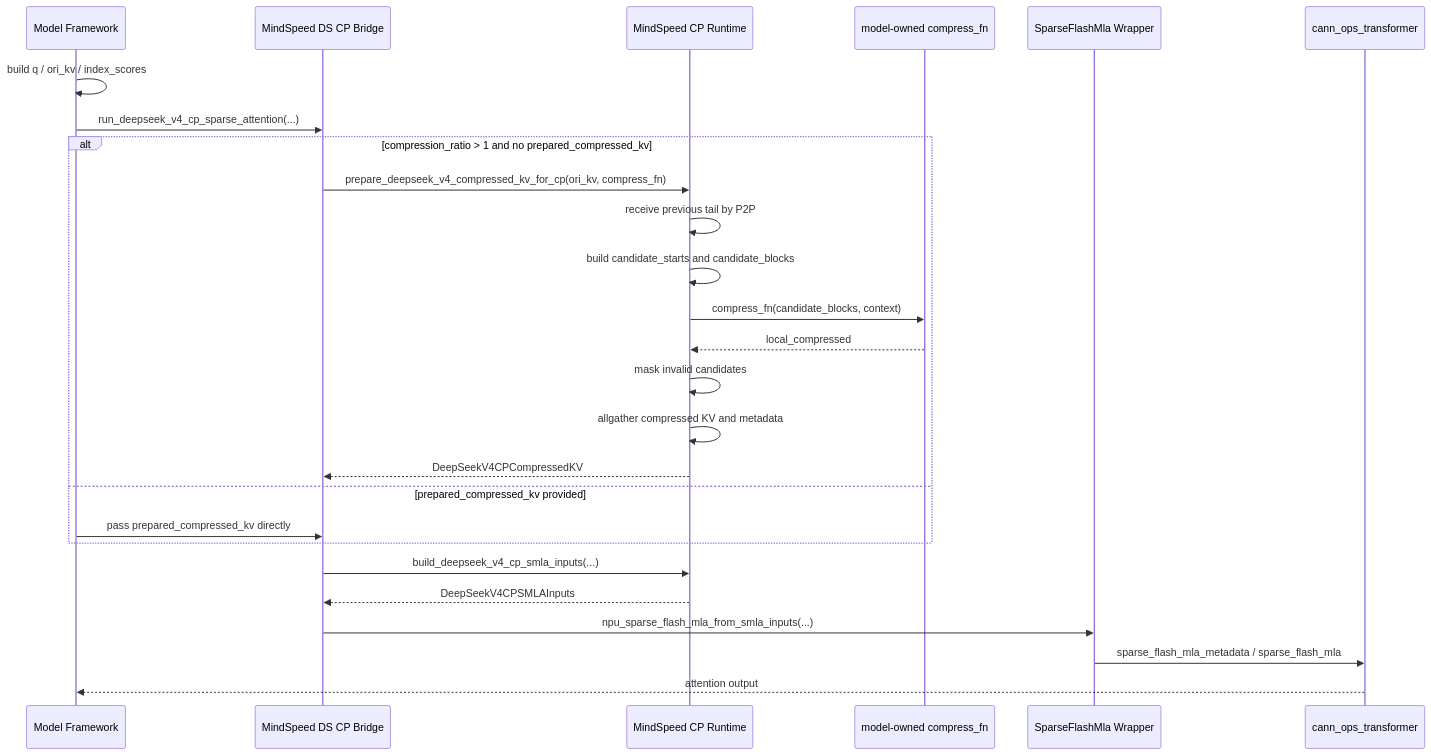
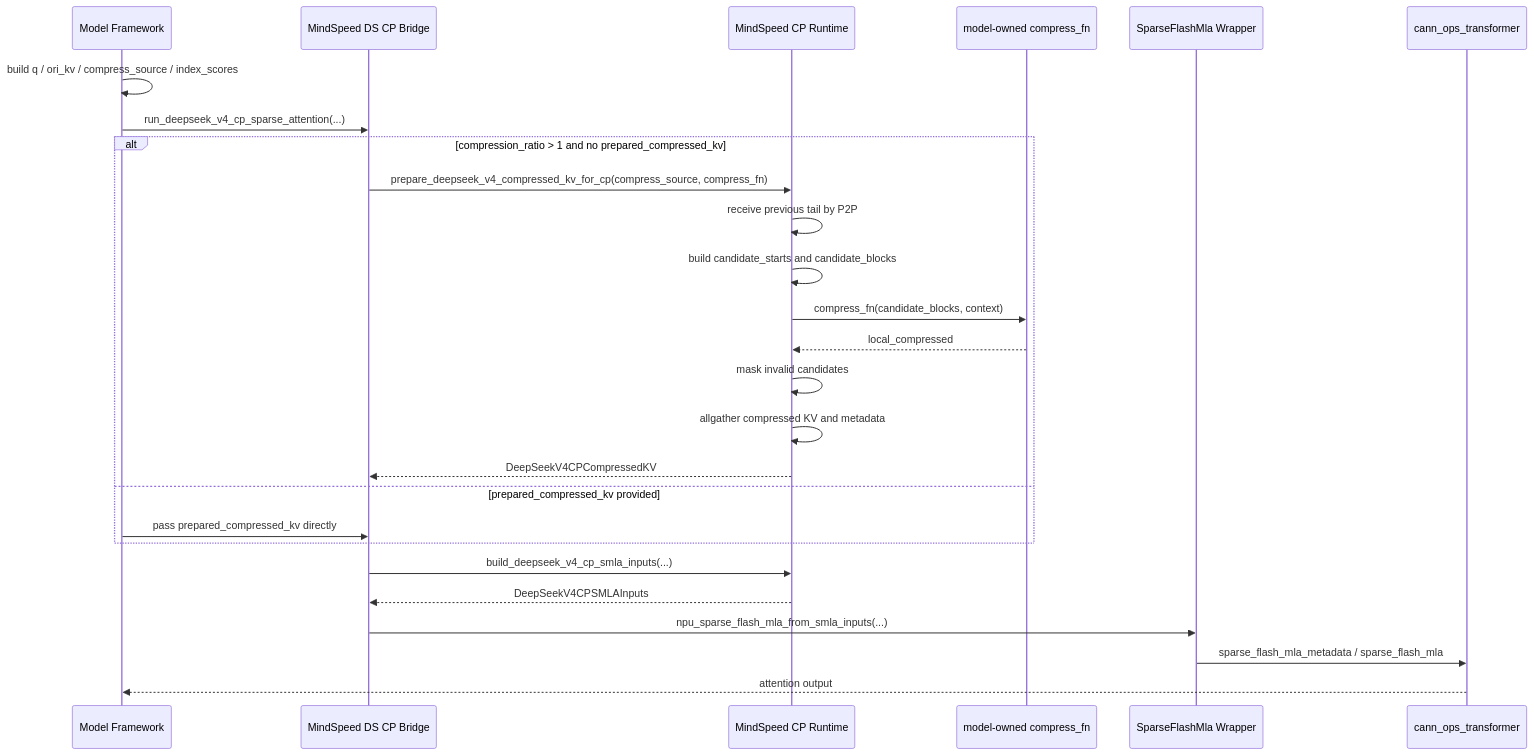
The second of 9 diagrams in features/context_parallel/chapter-03-mindspeed-deepseek-v4-context-parallel.md (ChemLez/Megatron-Note), drawn with Mermaid before and after one commit. The commit also changed other lines of this file and 1 other file, not shown here.

Commit message:
docs: update deepseek v4 cp compress source contract

````diff
--- a/features/context_parallel/chapter-03-mindspeed-deepseek-v4-context-parallel.md
+++ b/features/context_parallel/chapter-03-mindspeed-deepseek-v4-context-parallel.md
@@ -156,29 +159,29 @@
 ```mermaid
 sequenceDiagram
     participant Model as Model Framework
     participant Bridge as MindSpeed DS CP Bridge
     participant CP as MindSpeed CP Runtime
     participant Fn as model-owned compress_fn
     participant SMLA as SparseFlashMla Wrapper
     participant CANN as cann_ops_transformer
 
-    Model->>Model: build q / ori_kv / index_scores
+    Model->>Model: build q / ori_kv / compress_source / index_scores
     Model->>Bridge: run_deepseek_v4_cp_sparse_attention(...)
     alt compression_ratio > 1 and no prepared_compressed_kv
-        Bridge->>CP: prepare_deepseek_v4_compressed_kv_for_cp(ori_kv, compress_fn)
+        Bridge->>CP: prepare_deepseek_v4_compressed_kv_for_cp(compress_source, compress_fn)
         CP->>CP: receive previous tail by P2P
         CP->>CP: build candidate_starts and candidate_blocks
         CP->>Fn: compress_fn(candidate_blocks, context)
         Fn-->>CP: local_compressed
         CP->>CP: mask invalid candidates
         CP->>CP: allgather compressed KV and metadata
         CP-->>Bridge: DeepSeekV4CPCompressedKV
     else prepared_compressed_kv provided
         Model->>Bridge: pass prepared_compressed_kv directly
     end
     Bridge->>CP: build_deepseek_v4_cp_smla_inputs(...)
     CP-->>Bridge: DeepSeekV4CPSMLAInputs
     Bridge->>SMLA: npu_sparse_flash_mla_from_smla_inputs(...)
     SMLA->>CANN: sparse_flash_mla_metadata / sparse_flash_mla
     CANN-->>Model: attention output
 ```
````
